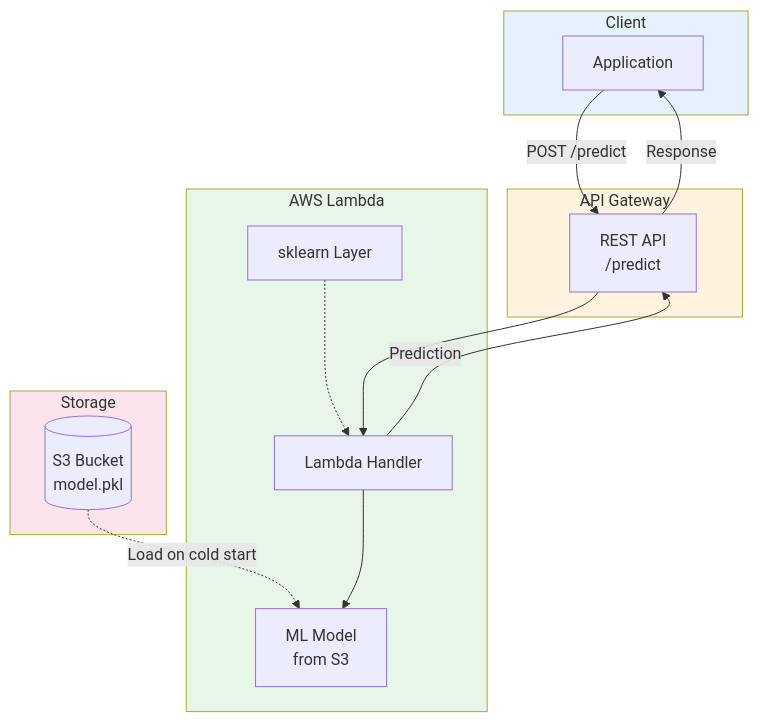
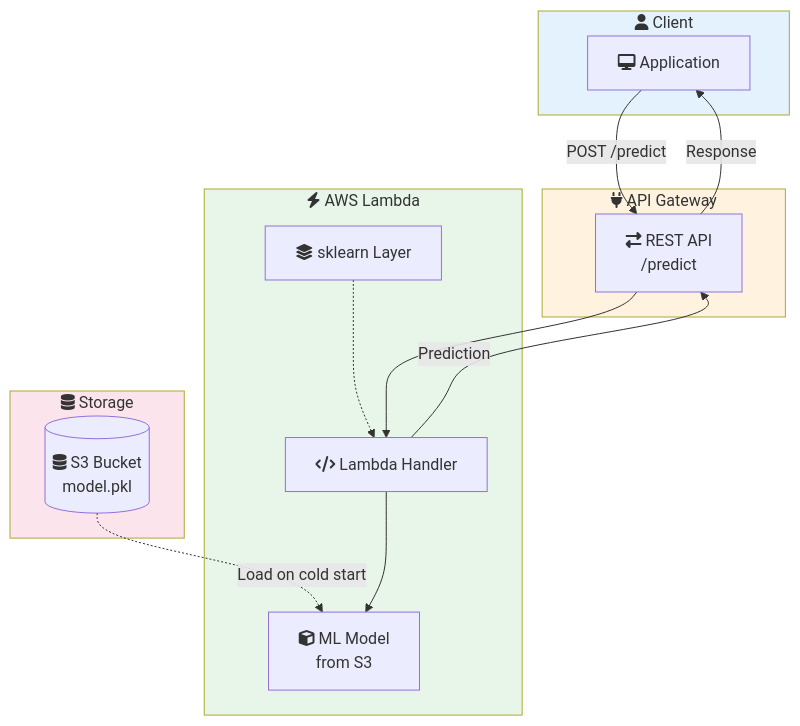
Before and after one commit to vinu76jsr/aws-sample-projects: the first of 3 diagrams in aws-ml-associate-prep/13-lambda-inference/LAB.md, drawn with Mermaid. The commit also changed other lines of this file and 15 other files, not shown here.

First line of the commit message:
Add Font Awesome icons to all Mermaid diagrams

````diff
--- a/aws-ml-associate-prep/13-lambda-inference/LAB.md
+++ b/aws-ml-associate-prep/13-lambda-inference/LAB.md
@@ -14,33 +14,33 @@
 ```mermaid
 flowchart TB
-    subgraph Client["Client"]
-        App[Application]
+    subgraph Client["fa:fa-user Client"]
+        App[fa:fa-desktop Application]
     end
 
-    subgraph APIGW["API Gateway"]
-        API[REST API<br/>/predict]
+    subgraph APIGW["fa:fa-plug API Gateway"]
+        API[fa:fa-exchange-alt REST API<br/>/predict]
     end
 
-    subgraph Lambda["AWS Lambda"]
-        Handler[Lambda Handler]
-        Model[ML Model<br/>from S3]
-        Layer[sklearn Layer]
+    subgraph Lambda["fa:fa-bolt AWS Lambda"]
+        Handler[fa:fa-code Lambda Handler]
+        Model[fa:fa-cube ML Model<br/>from S3]
+        Layer[fa:fa-layer-group sklearn Layer]
     end
 
-    subgraph Storage["Storage"]
-        S3[(S3 Bucket<br/>model.pkl)]
+    subgraph Storage["fa:fa-database Storage"]
+        S3[(fa:fa-database S3 Bucket<br/>model.pkl)]
     end
 
     App -->|POST /predict| API
     API --> Handler
     Handler --> Model
     S3 -.->|Load on cold start| Model
     Layer -.-> Handler
     Handler -->|Prediction| API
     API -->|Response| App
 
     style Client fill:#e3f2fd
     style APIGW fill:#fff3e0
     style Lambda fill:#e8f5e9
     style Storage fill:#fce4ec
 ```
````
